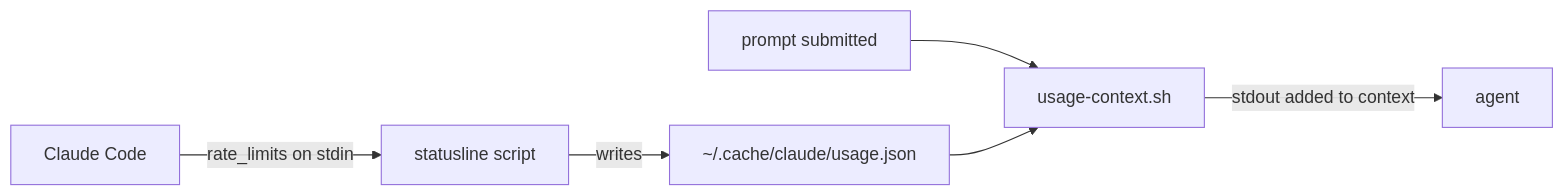
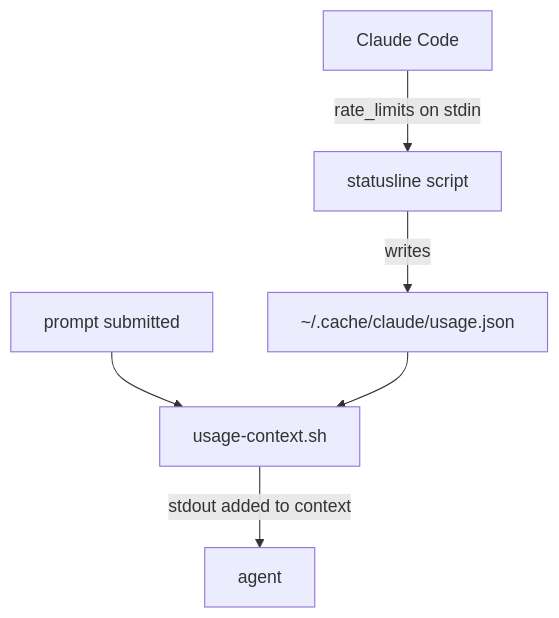
Before and after one commit to data-goblin/power-bi-agentic-development: the diagram in useful-stuff/hooks/usage-context/README.md, drawn with Mermaid.

Commit message:
Docs(hooks): draw the usage-context diagram top to bottom

````diff
--- a/useful-stuff/hooks/usage-context/README.md
+++ b/useful-stuff/hooks/usage-context/README.md
@@ -5,8 +5,8 @@
 ```mermaid
-flowchart LR
+flowchart TB
     cc[Claude Code] -->|rate_limits on stdin| sl[statusline script]
     sl -->|writes| f[~/.cache/claude/usage.json]
     p[prompt submitted] --> h[usage-context.sh]
     f --> h
     h -->|stdout added to context| a[agent]
 ```
````
